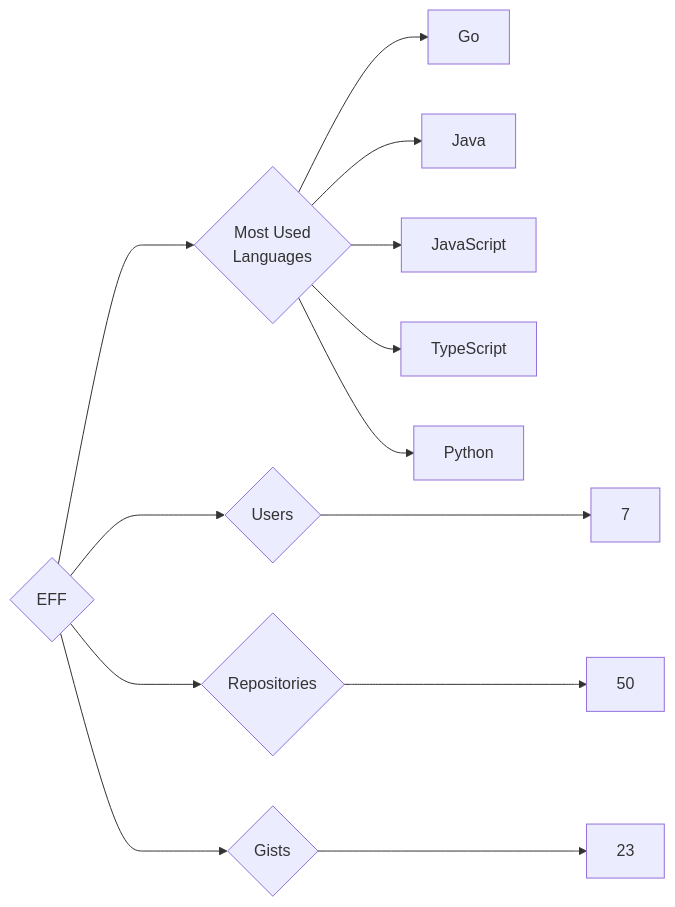
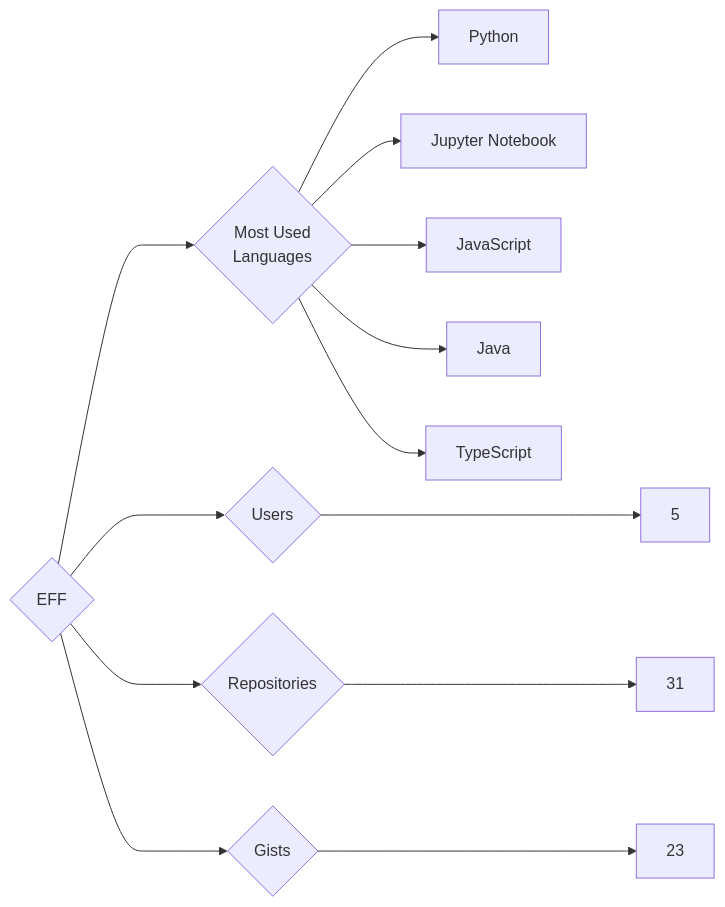
The diagram in targets/EFF/README.md (trickest/insiders), drawn with Mermaid before and after one commit. The commit also changed 1020 other files, not shown here.

````diff
--- a/targets/EFF/README.md
+++ b/targets/EFF/README.md
@@ -3,13 +3,13 @@
 ```mermaid
 graph LR
 COMPANY_NAME{EFF}
-COMPANY_NAME ---> U{Users} ---> UN[7]
-COMPANY_NAME ---> R{Repositories} ---> RN[50]
+COMPANY_NAME ---> U{Users} ---> UN[5]
+COMPANY_NAME ---> R{Repositories} ---> RN[31]
 COMPANY_NAME ---> G{Gists} ---> GN[23]
 COMPANY_NAME ---> ML{Most Used<br>Languages}
-ML --> Go[Go]
+ML --> Python[Python]
+ML --> Jupyter_Notebook[Jupyter Notebook]
+ML --> JavaScript[JavaScript]
 ML --> Java[Java]
-ML --> JavaScript[JavaScript]
 ML --> TypeScript[TypeScript]
-ML --> Python[Python]
 ```
````
